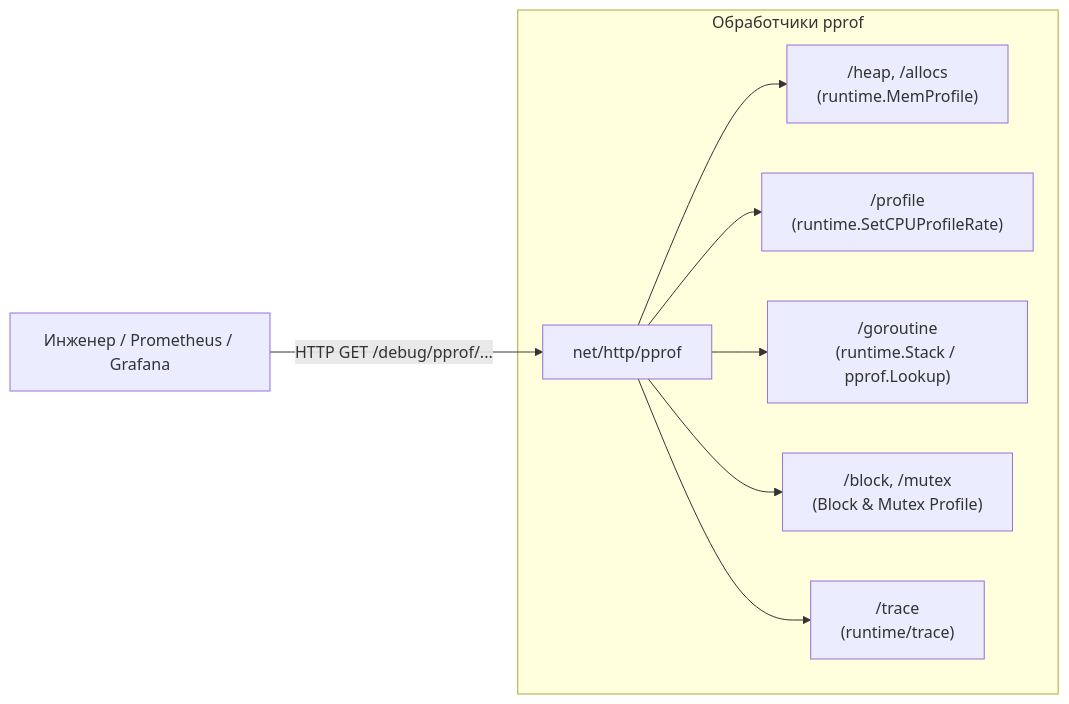
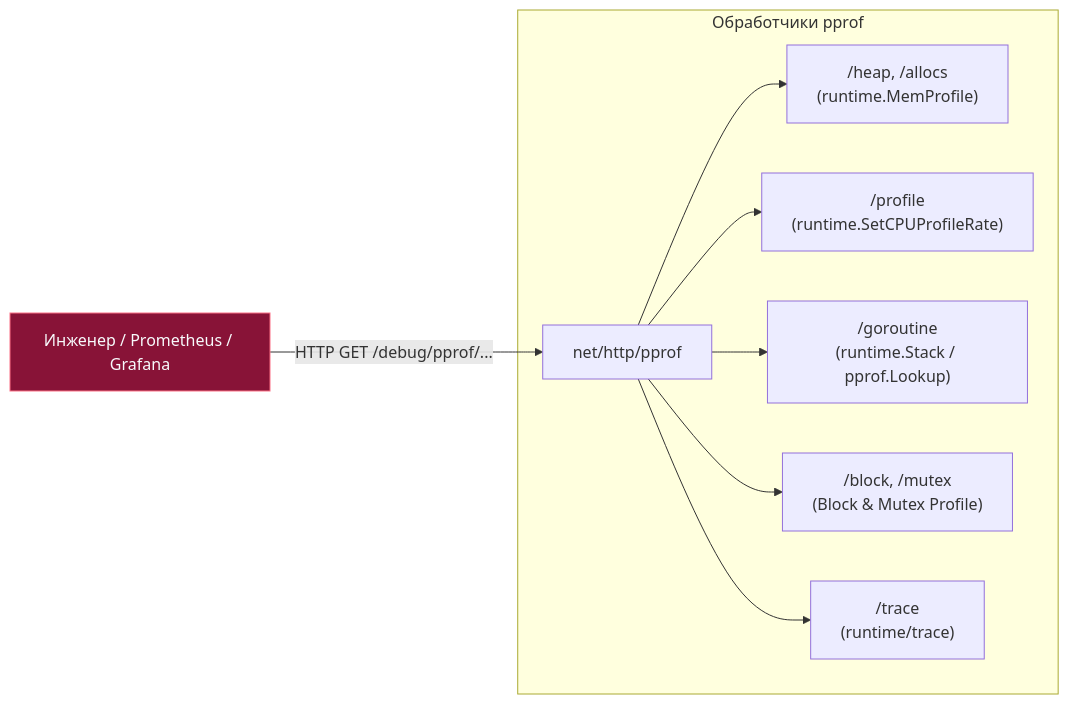
Before and after one commit to UnrealTemplier/go-textbook: the second of 3 diagrams in sources/16. Профилирование, отладка и производительность/08. Runtime и инструменты/8. debug tools.md, drawn with Mermaid. The commit also changed other lines of this file and 1666 other files, not shown here.

First line of the commit message:
feat(mermaid): add semantic color classDef to 1369 colorless flowchart/graph diagrams

````diff
--- a/sources/16. Профилирование, отладка и производительность/08. Runtime и инструменты/8. debug tools.md
+++ b/sources/16. Профилирование, отладка и производительность/08. Runtime и инструменты/8. debug tools.md
@@ -209,12 +219,22 @@
 ```mermaid
 flowchart LR
-    Client["Инженер / Prometheus / Grafana"] -->|HTTP GET /debug/pprof/...| Mux["net/http/pprof"]
+    classDef process  fill:#1e293b,stroke:#38bdf8,stroke-width:1px,color:#f8fafc
+    classDef success  fill:#064e3b,stroke:#34d399,stroke-width:1px,color:#f8fafc
+    classDef error    fill:#7f1d1d,stroke:#f87171,stroke-width:1px,color:#f8fafc
+    classDef warning  fill:#78350f,stroke:#fbbf24,stroke-width:1px,color:#f8fafc
+    classDef entry    fill:#1e3a5f,stroke:#38bdf8,stroke-width:2px,color:#f8fafc
+    classDef aux      fill:#334155,stroke:#64748b,stroke-width:1px,color:#f8fafc
+    classDef system   fill:#312e81,stroke:#a78bfa,stroke-width:1px,color:#f8fafc
+    classDef data     fill:#132d29,stroke:#2dd4bf,stroke-width:1px,color:#f8fafc
+    classDef network  fill:#881337,stroke:#fb7185,stroke-width:1px,color:#f8fafc
+    classDef accent   fill:#1e1b4b,stroke:#818cf8,stroke-width:1px,color:#f8fafc
+    Client["Инженер / Prometheus / Grafana"]:::network -->|HTTP GET /debug/pprof/...| Mux["net/http/pprof"]
     
     subgraph Handlers ["Обработчики pprof"]
         Mux --> Heap["/heap, /allocs<br/>(runtime.MemProfile)"]
         Mux --> CPU["/profile<br/>(runtime.SetCPUProfileRate)"]
         Mux --> Goro["/goroutine<br/>(runtime.Stack / pprof.Lookup)"]
         Mux --> Blk["/block, /mutex<br/>(Block & Mutex Profile)"]
         Mux --> Tr["/trace<br/>(runtime/trace)"]
     end
 ```
````
